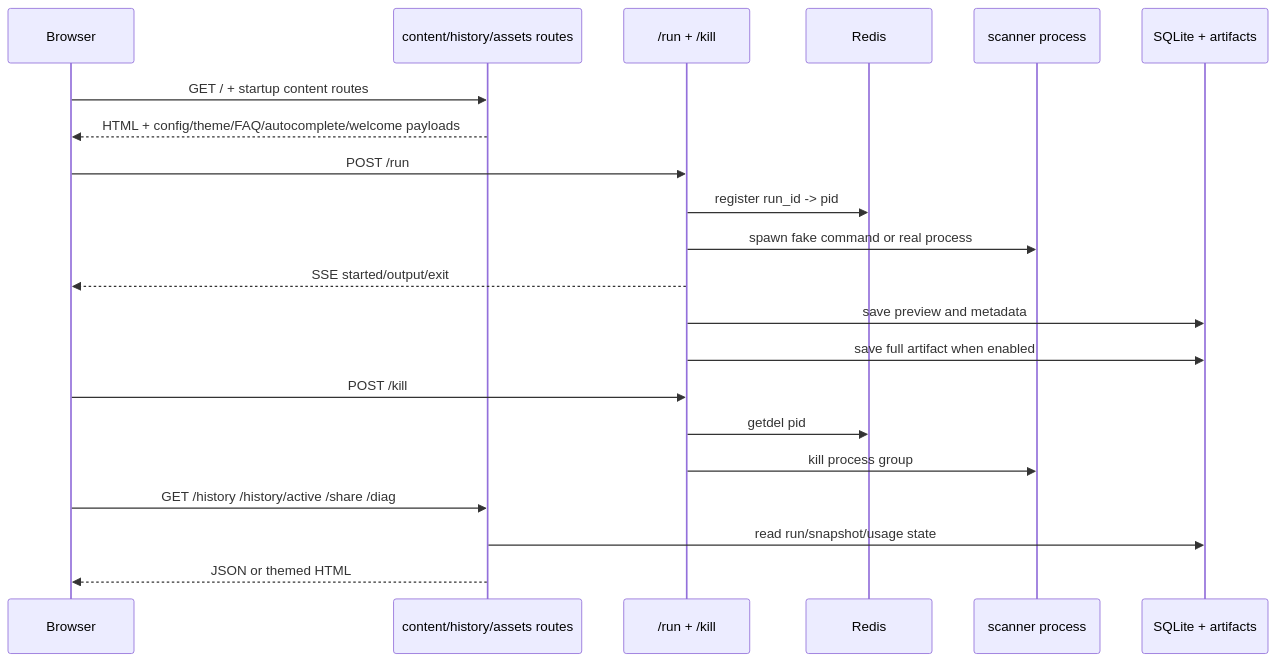
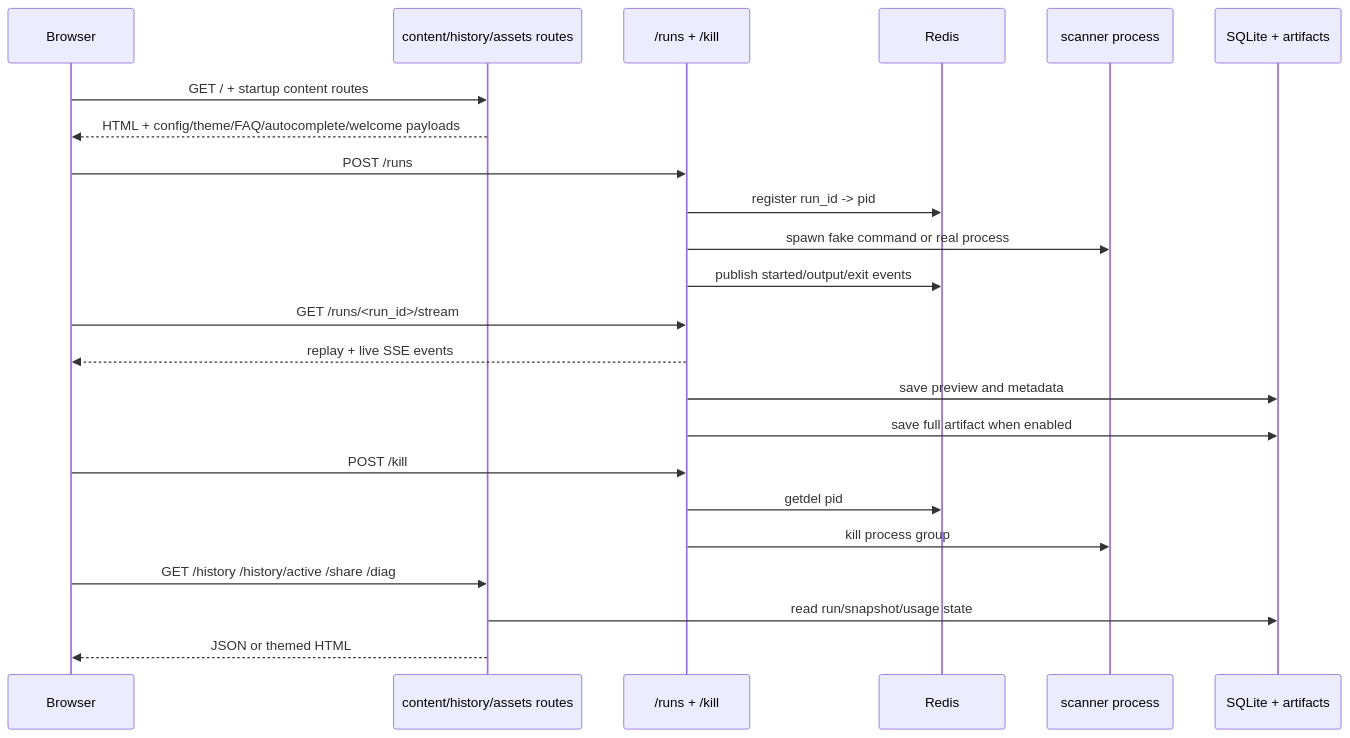
One commit to darklab-sh/darklab-shell changed the third of 6 diagrams in ARCHITECTURE.md. Above: the diagram before and after it, drawn with Mermaid. The commit also changed other lines of this file and 36 other files, not shown here.

Commit message:
Implementing Redis-based run broker to allow command output reattachment, cross-browser attachment and cross-browser takeover.

````diff
--- a/ARCHITECTURE.md
+++ b/ARCHITECTURE.md
@@ -133,27 +133,29 @@
 ```mermaid
 sequenceDiagram
   participant B as Browser
   participant C as content/history/assets routes
-  participant R as /run + /kill
+  participant R as /runs + /kill
   participant X as Redis
   participant P as scanner process
   participant D as SQLite + artifacts
 
   B->>C: GET / + startup content routes
   C-->>B: HTML + config/theme/FAQ/autocomplete/welcome payloads
 
-  B->>R: POST /run
+  B->>R: POST /runs
   R->>X: register run_id -> pid
   R->>P: spawn fake command or real process
-  R-->>B: SSE started/output/exit
+  R->>X: publish started/output/exit events
+  B->>R: GET /runs/<run_id>/stream
+  R-->>B: replay + live SSE events
   R->>D: save preview and metadata
   R->>D: save full artifact when enabled
 
   B->>R: POST /kill
   R->>X: getdel pid
   R->>P: kill process group
 
   B->>C: GET /history /history/active /share /diag
   C->>D: read run/snapshot/usage state
   C-->>B: JSON or themed HTML
 ```
````
